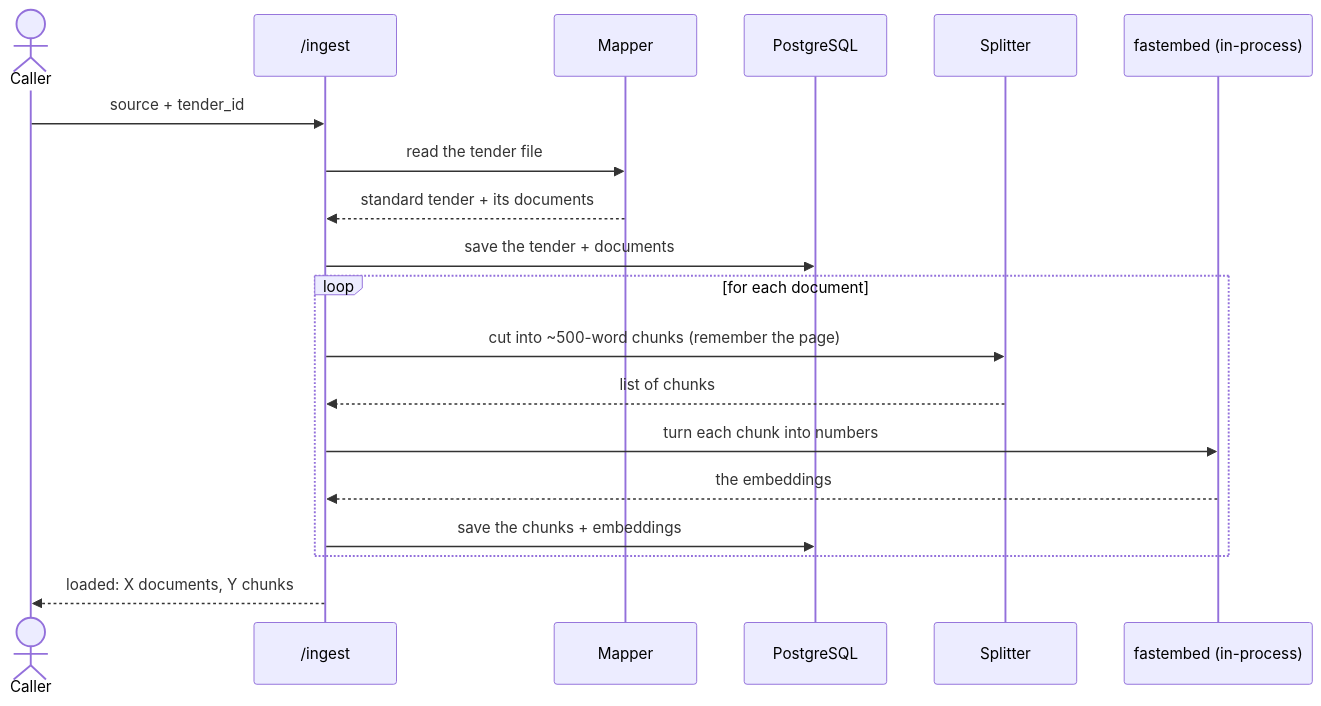
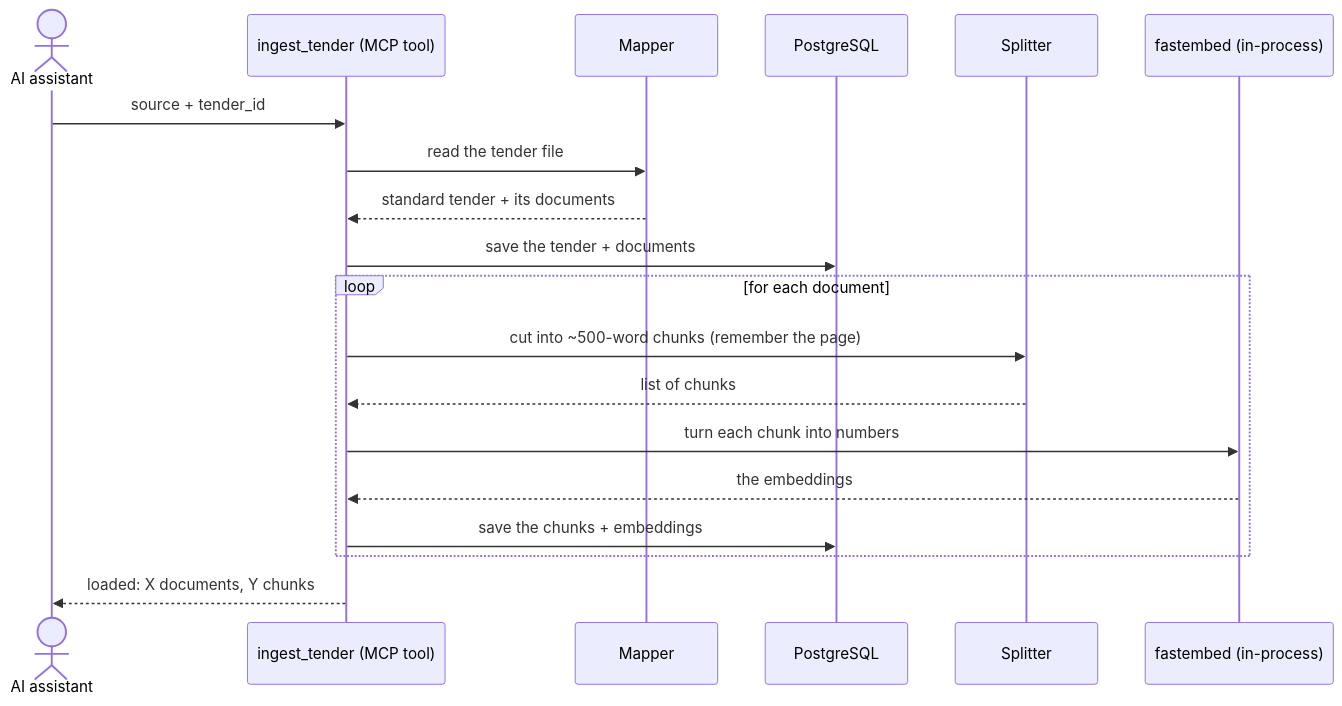
The third of 6 diagrams in docs/architecture.md (j4rv1ss/tender-rag-mcp), drawn with Mermaid before and after one commit. The commit also changed other lines of this file and 20 other files, not shown here.

First line of the commit message:
Replace FastAPI HTTP layer with an MCP server

````diff
--- a/docs/architecture.md
+++ b/docs/architecture.md
@@ -124,21 +131,21 @@
 ```mermaid
 sequenceDiagram
-  actor U as Caller
-  participant API as /ingest
+  actor U as AI assistant
+  participant API as ingest_tender (MCP tool)
   participant N as Mapper
   participant DB as PostgreSQL
   participant CH as Splitter
   participant E as fastembed (in-process)
   U->>API: source + tender_id
   API->>N: read the tender file
   N-->>API: standard tender + its documents
   API->>DB: save the tender + documents
   loop for each document
     API->>CH: cut into ~500-word chunks (remember the page)
     CH-->>API: list of chunks
     API->>E: turn each chunk into numbers
     E-->>API: the embeddings
     API->>DB: save the chunks + embeddings
   end
   API-->>U: loaded: X documents, Y chunks
 ```
````
